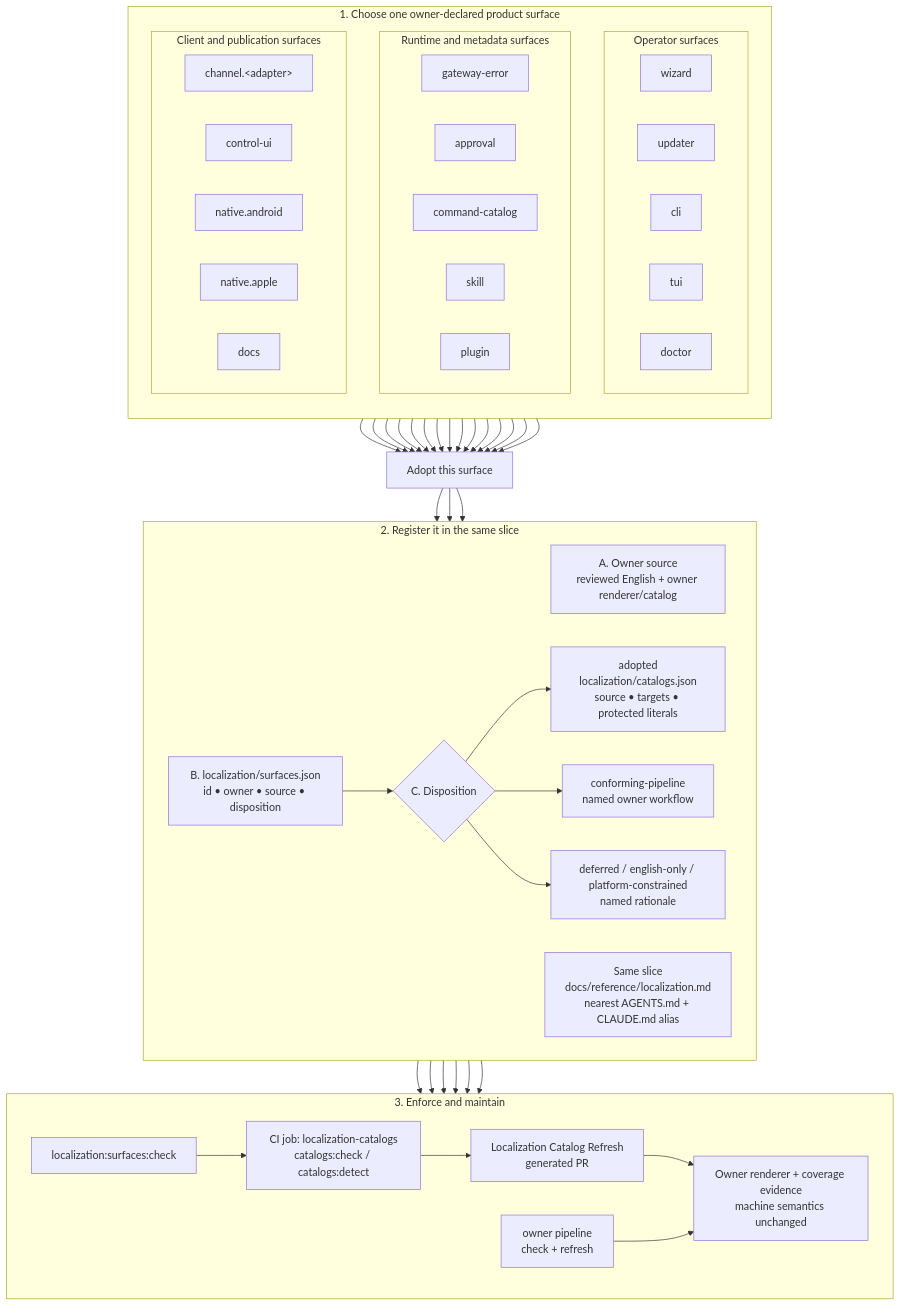
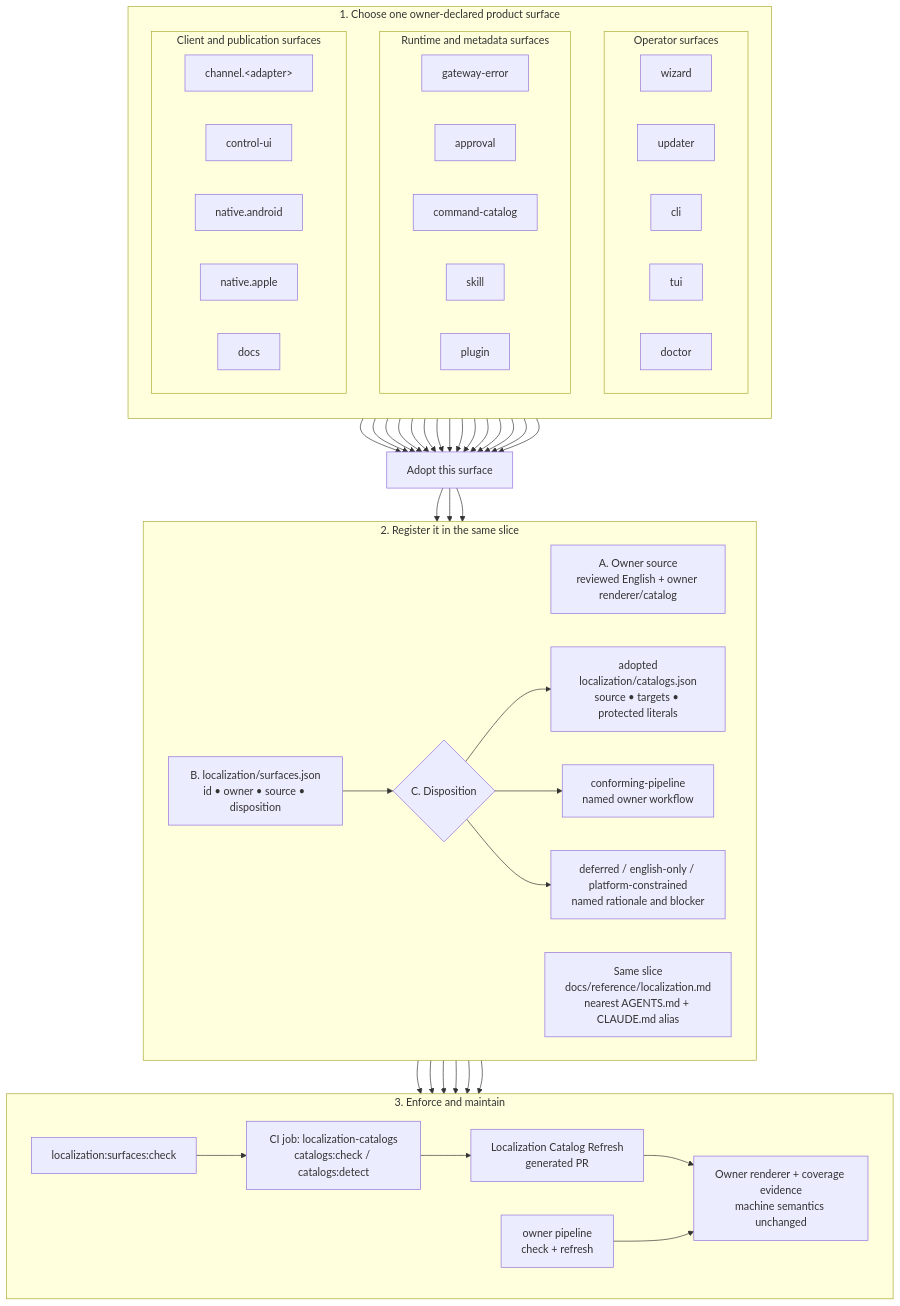
One commit to openclaw/rfcs changed the first of 2 diagrams in rfcs/0024-localization-runtime-and-coverage.md. Above: the diagram before and after it, drawn with Mermaid. The commit also changed other lines of this file and 3 other files, not shown here.

```diff
--- a/rfcs/0024-localization-runtime-and-coverage.md
+++ b/rfcs/0024-localization-runtime-and-coverage.md
@@ -101,7 +96,7 @@
     DISPOSITION{"C. Disposition"}
     CATALOG["adopted<br/>localization/catalogs.json<br/>source • targets • protected literals"]
     PIPELINE["conforming-pipeline<br/>named owner workflow"]
-    EXCEPTION["deferred / english-only / platform-constrained<br/>named rationale"]
+    EXCEPTION["deferred / english-only / platform-constrained<br/>named rationale and blocker"]
     GUIDANCE["Same slice<br/>docs/reference/localization.md<br/>nearest AGENTS.md + CLAUDE.md alias"]
 
     INVENTORY --> DISPOSITION
```
